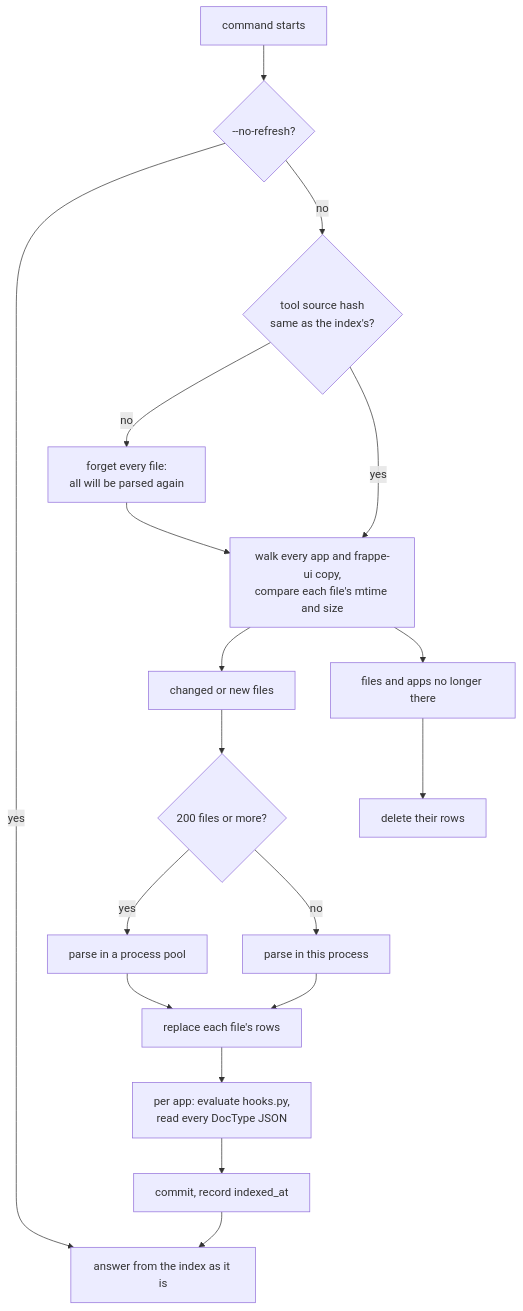
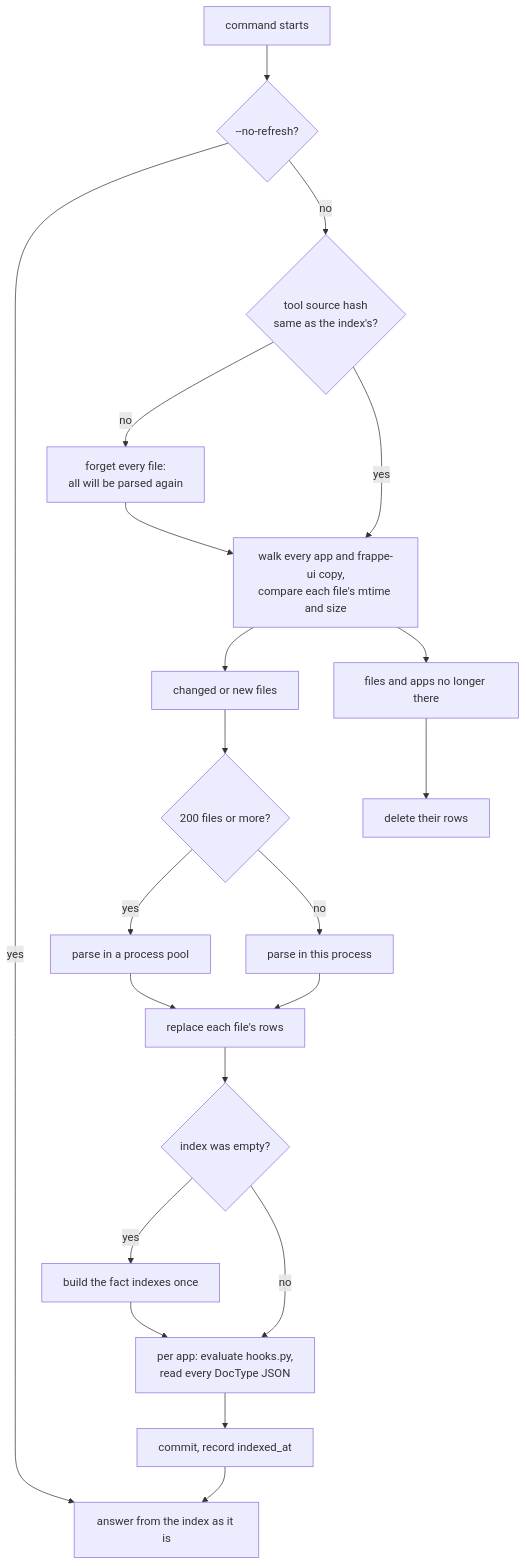
The second of 26 diagrams in docs/how-it-works.md (diptanilsaha/frappe-ast), drawn with Mermaid before and after one commit. The commit also changed other lines of this file and 32 other files, not shown here.

Commit message:
fix: all shortest paths, field write refs, and flows through self and call returns (#11, #12, #13, #14)

````diff
--- a/docs/how-it-works.md
+++ b/docs/how-it-works.md
@@ -40,17 +40,19 @@
 ```mermaid
 flowchart TD
   start["command starts"] --> fresh{"--no-refresh?"}
   fresh -->|yes| query["answer from the index as it is"]
   fresh -->|no| hash{"tool source hash<br/>same as the index's?"}
   hash -->|no| clear["forget every file:<br/>all will be parsed again"] --> plan
   hash -->|yes| plan["walk every app and frappe-ui copy,<br/>compare each file's mtime and size"]
   plan --> todo["changed or new files"]
   plan --> gone["files and apps no longer there"] --> drop["delete their rows"]
   todo --> many{"200 files or more?"}
   many -->|yes| pool["parse in a process pool"]
   many -->|no| one["parse in this process"]
   pool --> save["replace each file's rows"]
   one --> save
-  save --> appmeta["per app: evaluate hooks.py,<br/>read every DocType JSON"]
+  save --> empty{"index was empty?"}
+  empty -->|yes| build["build the fact indexes once"] --> appmeta
+  empty -->|no| appmeta["per app: evaluate hooks.py,<br/>read every DocType JSON"]
   appmeta --> commit["commit, record indexed_at"] --> query
 ```
````
